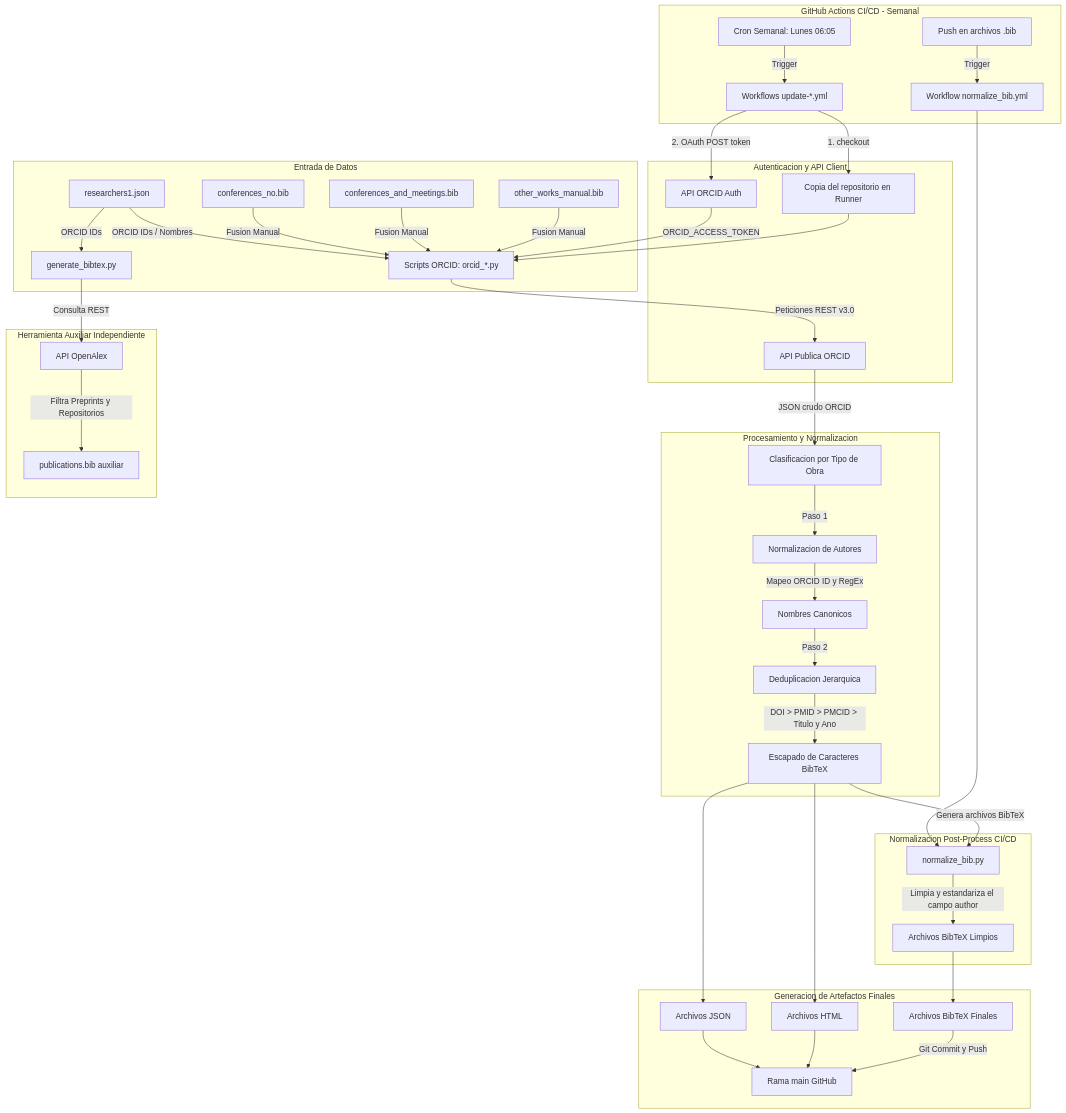
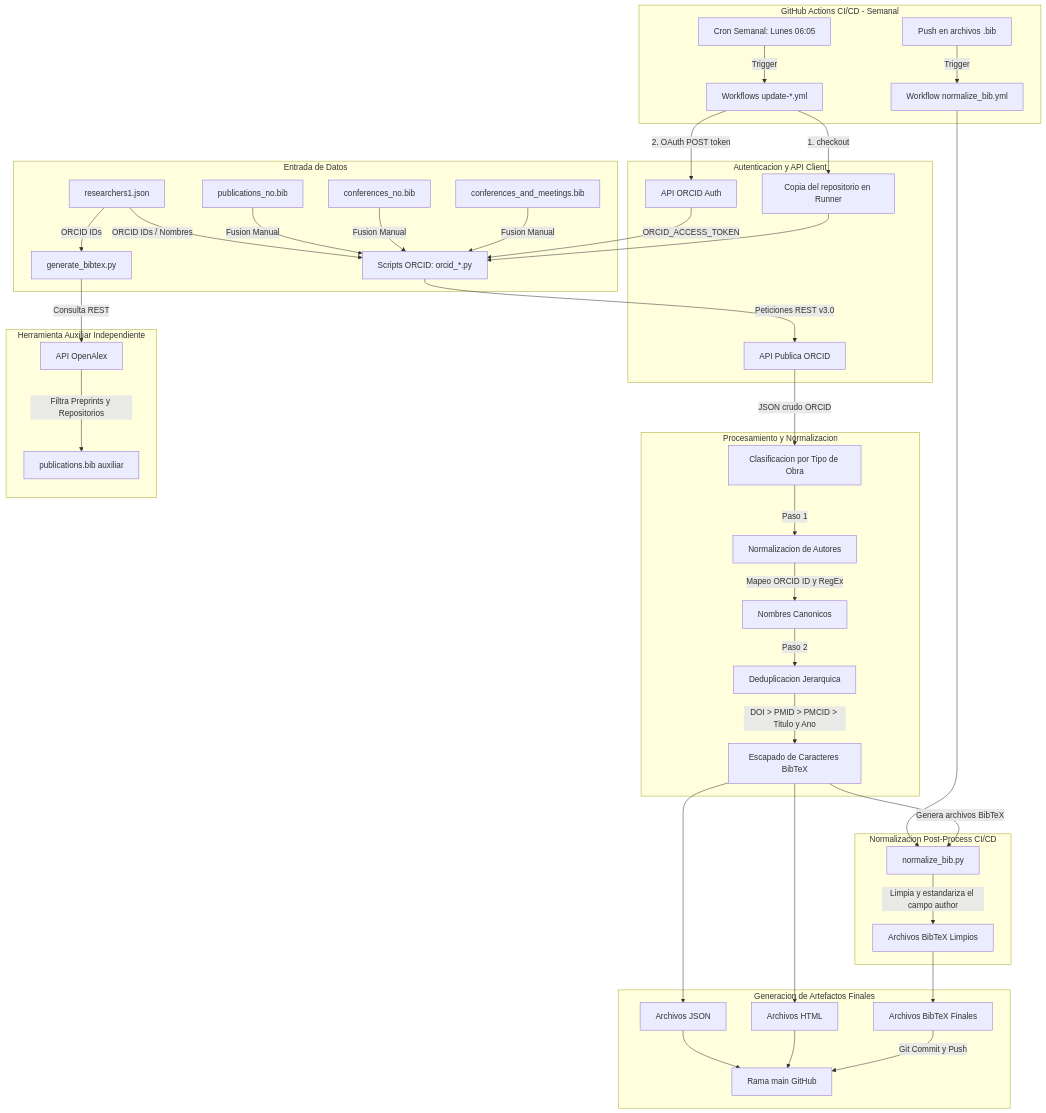
One commit to AIG-UC3M/aig_publications changed the diagram in README.md. Above: the diagram before and after it, drawn with Mermaid.

Commit message:
Update bibliography file names in README

````diff
--- a/README.md
+++ b/README.md
@@ -51,51 +51,51 @@
 ```mermaid
 flowchart TD
     subgraph Entrada [Entrada de Datos]
         A[researchers1.json] -->|ORCID IDs / Nombres| B[Scripts ORCID: orcid_*.py]
         A -->|ORCID IDs| OA_Script[generate_bibtex.py]
-        M1[conferences_no.bib] -->|Fusion Manual| B
-        M2[conferences_and_meetings.bib] -->|Fusion Manual| B
-        M3[other_works_manual.bib] -->|Fusion Manual| B
+        M1[publications_no.bib] -->|Fusion Manual| B
+        M2[conferences_no.bib] -->|Fusion Manual| B
+        M3[conferences_and_meetings.bib] -->|Fusion Manual| B
     end
 
     subgraph Workflows [GitHub Actions CI/CD - Semanal]
         Cron[Cron Semanal: Lunes 06:05] -->|Trigger| GHA_Update[Workflows update-*.yml]
         PushBib[Push en archivos .bib] -->|Trigger| GHA_Norm[Workflow normalize_bib.yml]
     end
 
     subgraph Auth [Autenticacion y API Client]
         GHA_Update -->|1. checkout| RepoCopy[Copia del repositorio en Runner]
         GHA_Update -->|2. OAuth POST token| OAuth[API ORCID Auth]
         OAuth -->|ORCID_ACCESS_TOKEN| B
         RepoCopy --> B
         B -->|Peticiones REST v3.0| ORCID_API[API Publica ORCID]
     end
 
     subgraph Process [Procesamiento y Normalizacion]
         ORCID_API -->|JSON crudo ORCID| C[Clasificacion por Tipo de Obra]
         C -->|Paso 1| D[Normalizacion de Autores]
         D -->|Mapeo ORCID ID y RegEx| D1[Nombres Canonicos]
         D1 -->|Paso 2| E[Deduplicacion Jerarquica]
         E -->|DOI > PMID > PMCID > Titulo y Ano| F[Escapado de Caracteres BibTeX]
     end
 
     subgraph NormStep [Normalizacion Post-Process CI/CD]
         GHA_Norm --> N1[normalize_bib.py]
         F -->|Genera archivos BibTeX| N1
         N1 -->|Limpia y estandariza el campo author| N2[Archivos BibTeX Limpios]
     end
 
     subgraph Salida [Generacion de Artefactos Finales]
         F --> OutJSON[Archivos JSON]
         F --> OutHTML[Archivos HTML]
         N2 --> OutBIB[Archivos BibTeX Finales]
         OutJSON --> MainRepo[Rama main GitHub]
         OutHTML --> MainRepo
         OutBIB -->|Git Commit y Push| MainRepo
     end
 
     subgraph Auxiliar [Herramienta Auxiliar Independiente]
         OA_Script -->|Consulta REST| OpenAlex_API[API OpenAlex]
         OpenAlex_API -->|Filtra Preprints y Repositorios| OA_BIB[publications.bib auxiliar]
     end
 ```
````
